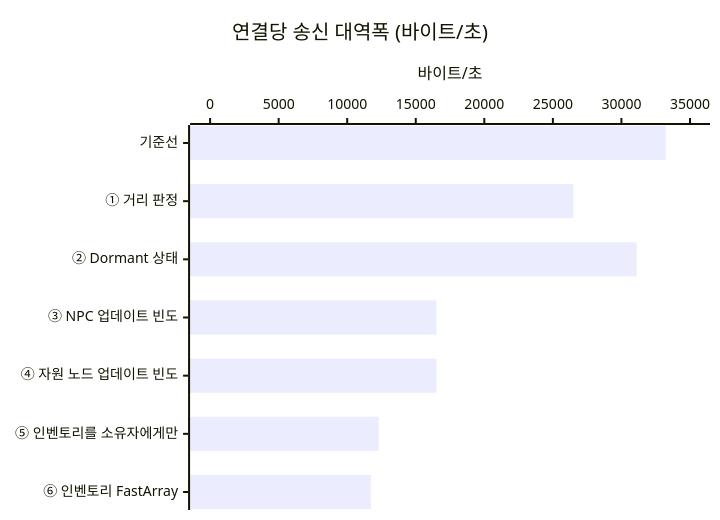
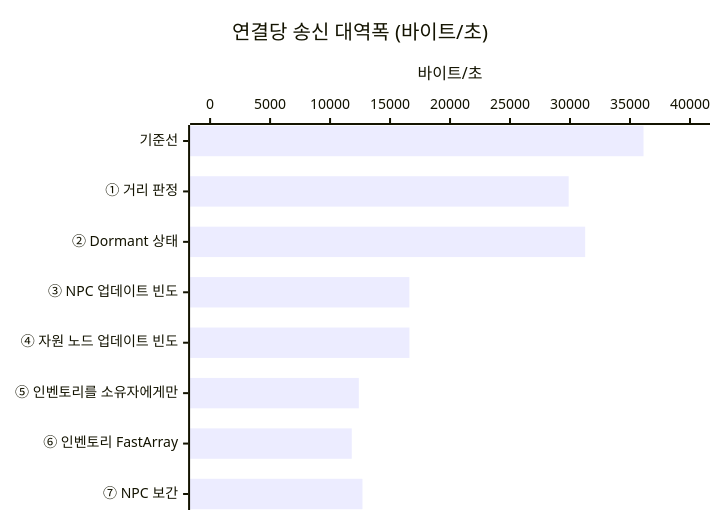
Before and after one commit to hon454/ue-dedicated-server-optimization-lab: the second of 2 diagrams in README.md, drawn with Mermaid. The commit also changed other lines of this file and 4 other files, not shown here.

````diff
--- a/README.md
+++ b/README.md
@@ -35,7 +36,7 @@
 ```mermaid
 xychart-beta horizontal
     title "연결당 송신 대역폭 (바이트/초)"
-    x-axis ["기준선", "① 거리 판정", "② Dormant 상태", "③ NPC 업데이트 빈도", "④ 자원 노드 업데이트 빈도", "⑤ 인벤토리를 소유자에게만", "⑥ 인벤토리 FastArray"]
-    y-axis "바이트/초" 0 --> 35000
-    bar [33233, 26504, 31110, 16510, 16513, 12294, 11731]
+    x-axis ["기준선", "① 거리 판정", "② Dormant 상태", "③ NPC 업데이트 빈도", "④ 자원 노드 업데이트 빈도", "⑤ 인벤토리를 소유자에게만", "⑥ 인벤토리 FastArray", "⑦ NPC 보간"]
+    y-axis "바이트/초" 0 --> 40000
+    bar [36128, 29888, 31265, 16608, 16616, 12397, 11807, 12701]
 ```
````
